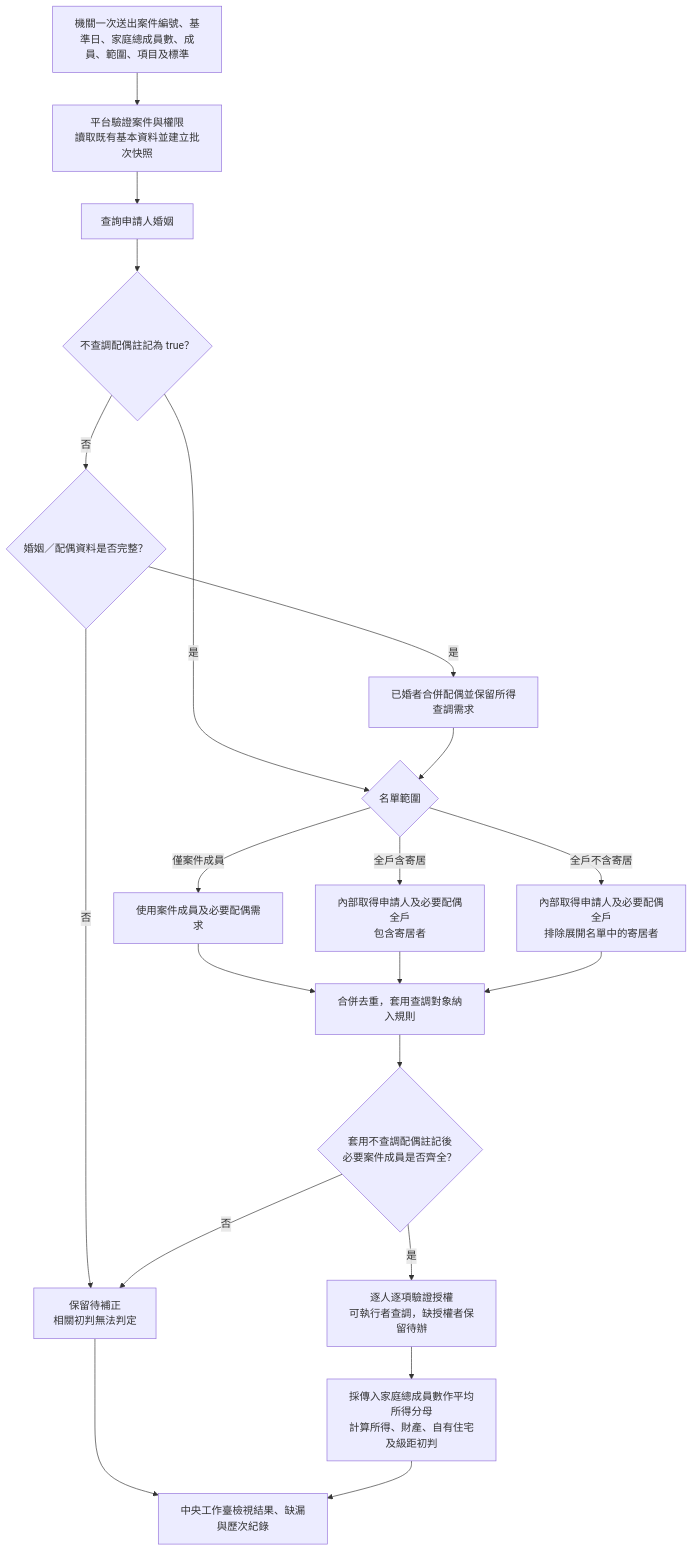
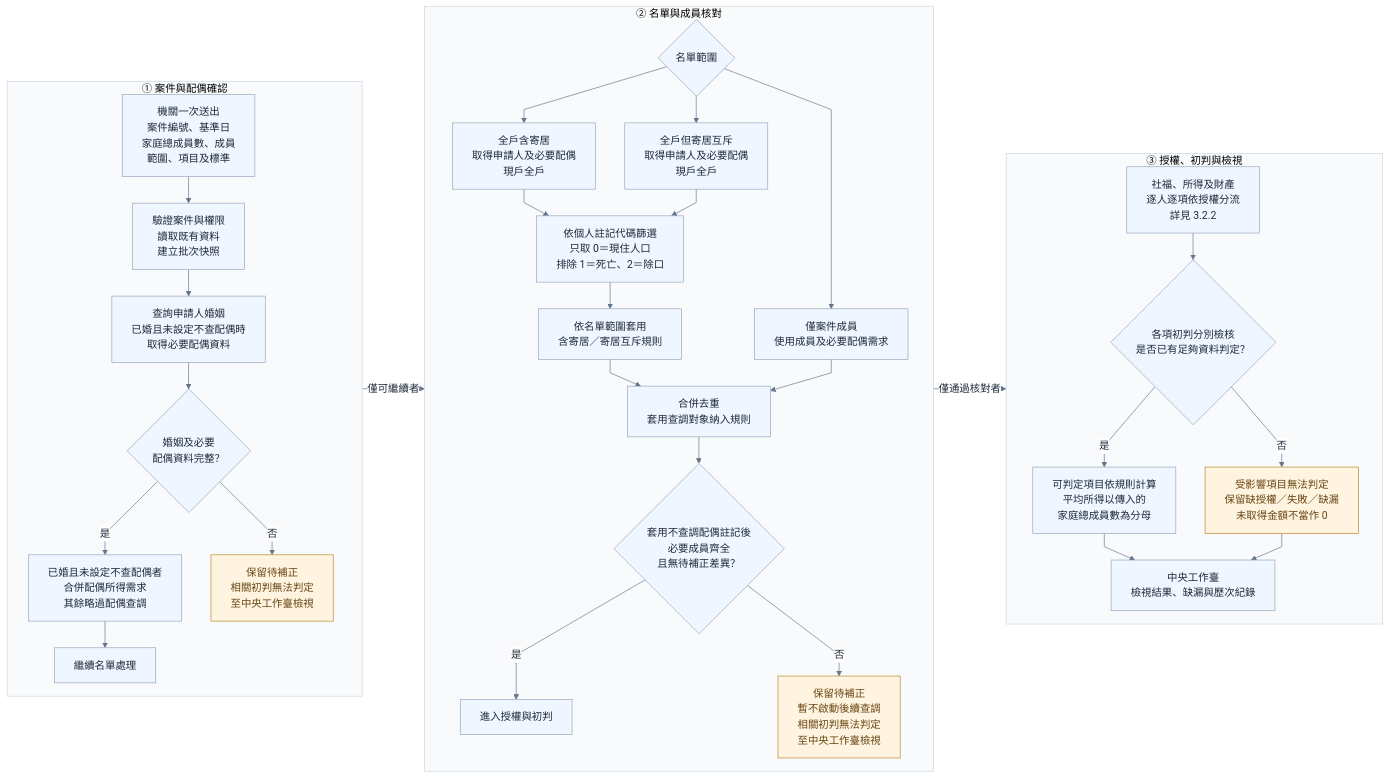
Before and after one commit to jillyz/housing: the first of 2 diagrams in 規格文件/跨機關查調機制.md, drawn with Mermaid. The commit also changed other lines of this file and 12 other files, not shown here.

````diff
--- a/規格文件/跨機關查調機制.md
+++ b/規格文件/跨機關查調機制.md
@@ -61,23 +68,54 @@
 ```mermaid
-flowchart TD
-    A["機關一次送出案件編號、基準日、家庭總成員數、成員、範圍、項目及標準"] --> B["平台驗證案件與權限<br/>讀取既有基本資料並建立批次快照"]
-    B --> C["查詢申請人婚姻"]
-    C --> S{"不查調配偶註記為 true？"}
-    S -- "是" --> G
-    S -- "否" --> D{"婚姻／配偶資料是否完整？"}
-    D -- "否" --> E["保留待補正<br/>相關初判無法判定"]
-    D -- "是" --> F["已婚者合併配偶並保留所得查調需求"]
-    F --> G{"名單範圍"}
-    G -- "僅案件成員" --> H["使用案件成員及必要配偶需求"]
-    G -- "全戶含寄居" --> I["內部取得申請人及必要配偶全戶<br/>包含寄居者"]
-    G -- "全戶不含寄居" --> J["內部取得申請人及必要配偶全戶<br/>排除展開名單中的寄居者"]
-    H --> K["合併去重，套用查調對象納入規則"]
-    I --> K
-    J --> K
-    K --> P{"套用不查調配偶註記後<br/>必要案件成員是否齊全？"}
-    P -- "否" --> E
-    P -- "是" --> L["逐人逐項驗證授權<br/>可執行者查調，缺授權者保留待辦"]
-    L --> M["採傳入家庭總成員數作平均所得分母<br/>計算所得、財產、自有住宅及級距初判"]
-    E --> N["中央工作臺檢視結果、缺漏與歷次紀錄"]
-    M --> N
+%%{init: {"theme": "base", "themeVariables": {"fontFamily": "Microsoft JhengHei, sans-serif", "fontSize": "16px", "primaryColor": "#eff6ff", "primaryTextColor": "#1e293b", "primaryBorderColor": "#94a3b8", "lineColor": "#64748b", "clusterBkg": "#f8fafc", "clusterBorder": "#cbd5e1", "edgeLabelBackground": "#ffffff"}, "flowchart": {"nodeSpacing": 45, "rankSpacing": 16, "curve": "linear"}}}%%
+flowchart LR
+    subgraph STAGE1["① 案件與配偶確認"]
+        direction TB
+        A["機關一次送出<br/>案件編號、基準日<br/>家庭總成員數、成員<br/>範圍、項目及標準"]
+        B["驗證案件與權限<br/>讀取既有資料<br/>建立批次快照"]
+        C["查詢申請人婚姻<br/>已婚且未設定不查配偶時<br/>取得必要配偶資料"]
+        D{"婚姻及必要<br/>配偶資料完整？"}
+        F["已婚且未設定不查配偶者<br/>合併配偶所得需求<br/>其餘略過配偶查調"]
+        R["繼續名單處理"]
+        E1["保留待補正<br/>相關初判無法判定<br/>至中央工作臺檢視"]
+        A --> B --> C --> D
+        D -- "是" --> F --> R
+        D -- "否" --> E1
+    end
+
+    subgraph STAGE2["② 名單與成員核對"]
+        direction TB
+        G{"名單範圍"}
+        H["僅案件成員<br/>使用成員及必要配偶需求"]
+        I["全戶含寄居<br/>取得申請人及必要配偶<br/>現戶全戶"]
+        J["全戶但寄居互斥<br/>取得申請人及必要配偶<br/>現戶全戶"]
+        V["依個人註記代碼篩選<br/>只取 0＝現住人口<br/>排除 1＝死亡、2＝除口"]
+        W["依名單範圍套用<br/>含寄居／寄居互斥規則"]
+        K["合併去重<br/>套用查調對象納入規則"]
+        P{"套用不查調配偶註記後<br/>必要成員齊全<br/>且無待補正差異？"}
+        Q["進入授權與初判"]
+        E2["保留待補正<br/>暫不啟動後續查調<br/>相關初判無法判定<br/>至中央工作臺檢視"]
+        G --> H & I & J
+        I & J --> V --> W --> K
+        H --> K --> P
+        P -- "是" --> Q
+        P -- "否" --> E2
+    end
+
+    subgraph STAGE3["③ 授權、初判與檢視"]
+        direction TB
+        L["社福、所得及財產<br/>逐人逐項依授權分流<br/>詳見 3.2.2"]
+        M{"各項初判分別檢核<br/>是否已有足夠資料判定？"}
+        O["可判定項目依規則計算<br/>平均所得以傳入的<br/>家庭總成員數為分母"]
+        U["受影響項目無法判定<br/>保留缺授權／失敗／缺漏<br/>未取得金額不當作 0"]
+        N["中央工作臺<br/>檢視結果、缺漏與歷次紀錄"]
+        L --> M
+        M -- "是" --> O --> N
+        M -- "否" --> U --> N
+    end
+
+    STAGE1 -- "僅可繼續者" --> STAGE2
+    STAGE2 -- "僅通過核對者" --> STAGE3
+
+    classDef pending fill:#fff4df,stroke:#b98024,color:#684514;
+    class E1,E2,U pending;
 ```
````
